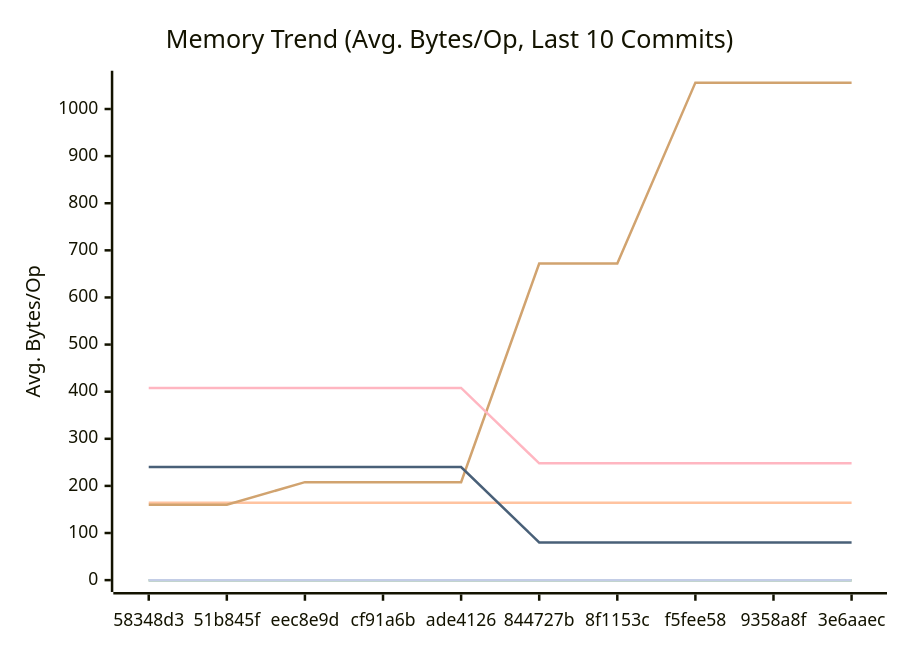
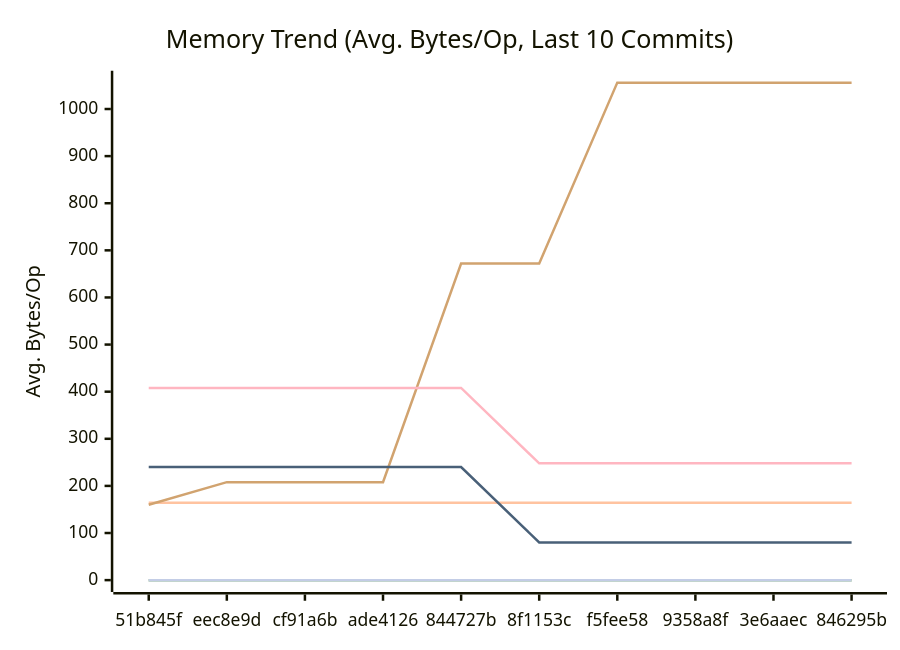
The second of 3 diagrams in docs/PERFORMANCE.md (alsotoes/momo), drawn with Mermaid before and after one commit. The commit also changed other lines of this file and 2 other files, not shown here.

````diff
--- a/docs/PERFORMANCE.md
+++ b/docs/PERFORMANCE.md
@@ -97,16 +97,16 @@
 ```mermaid
 xychart-beta
     title "Memory Trend (Avg. Bytes/Op, Last 10 Commits)"
     x-axis "Commit"
     y-axis "Avg. Bytes/Op"
-    x-axis [58348d3,51b845f,eec8e9d,cf91a6b,ade4126,844727b,8f1153c,f5fee58,9358a8f,3e6aaec]
+    x-axis [51b845f,eec8e9d,cf91a6b,ade4126,844727b,8f1153c,f5fee58,9358a8f,3e6aaec,846295b]
     line "CheckMetricsAndSwap" [0,0,0,0,0,0,0,0,0,0]
     line "CrushOptimized" [0,0,0,0,0,0,0,0,0,0]
     line "CrushOriginal" [164,164,164,164,164,164,164,164,164,164]
     line "IndexDirectTracking" [0,0,0,0,0,0,0,0,0,0]
     line "IndexSearch" [0,0,0,0,0,0,0,0,0,0]
-    line "LoadGlobalConfig" [160,160,208,208,208,672,672,1056,1056,1056]
+    line "LoadGlobalConfig" [160,208,208,208,672,672,1056,1056,1056,1056]
     line "PadString" [0,0,0,0,0,0,0,0,0,0]
     line "ParseReplicationOrder_NoPrealloc" [408,408,408,408,408,248,248,248,248,248]
     line "ParseReplicationOrder_Prealloc" [240,240,240,240,240,80,80,80,80,80]
 ```
````
